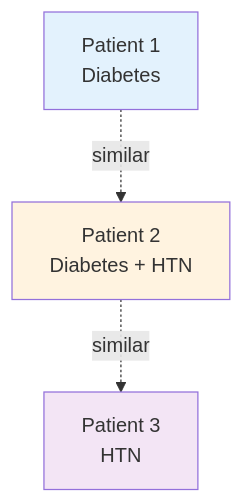
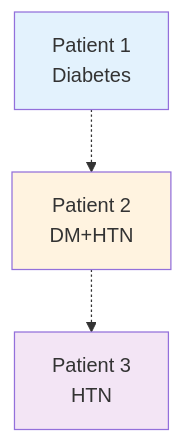
Before and after one commit to phiwi/graphnn_lecture: the first of 13 diagrams in slides.md, drawn with Mermaid. The commit also changed other lines of this file, not shown here.

````diff
--- a/slides.md
+++ b/slides.md
@@ -177,13 +174,13 @@
 ```mermaid
 graph TD
   P1[Patient 1<br/>Diabetes] 
-  P2[Patient 2<br/>Diabetes + HTN]
+  P2[Patient 2<br/>DM+HTN]
   P3[Patient 3<br/>HTN]
   
-  P1 -.similar.-> P2
-  P2 -.similar.-> P3
+  P1 -.-> P2
+  P2 -.-> P3
   
   style P1 fill:#e3f2fd
   style P2 fill:#fff3e0
   style P3 fill:#f3e5f5
 ```
````
